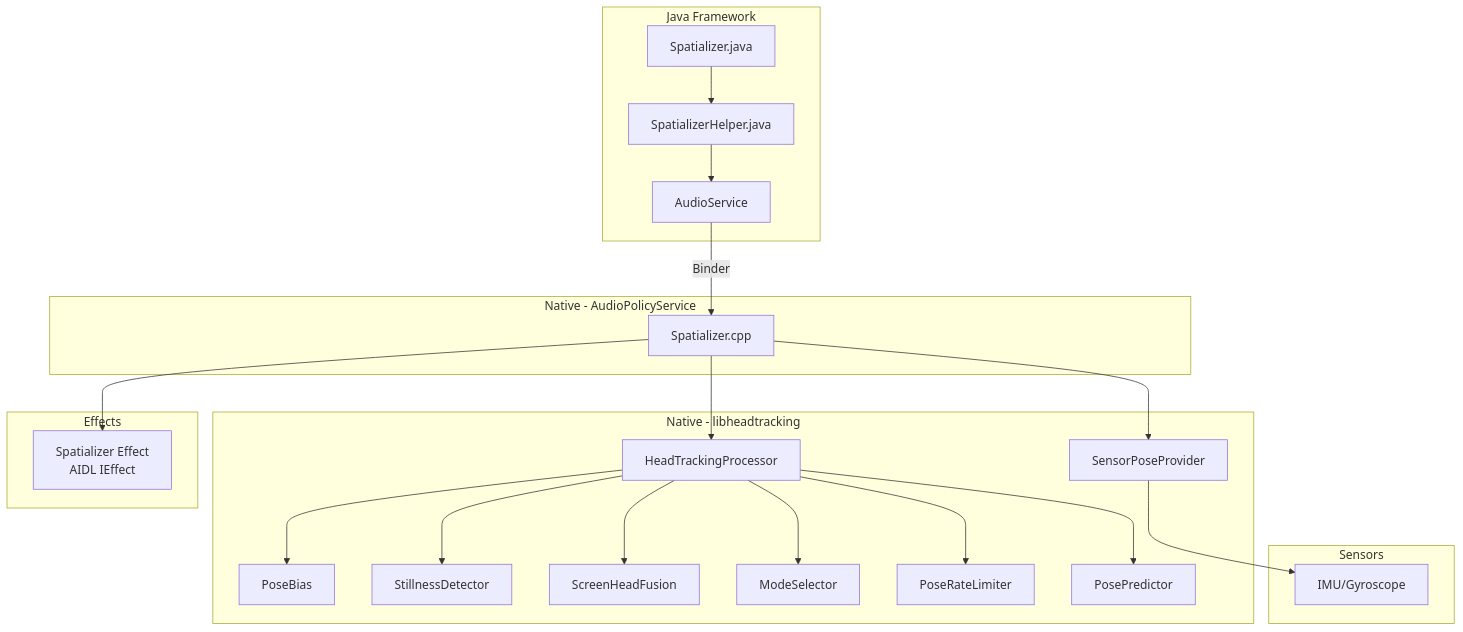
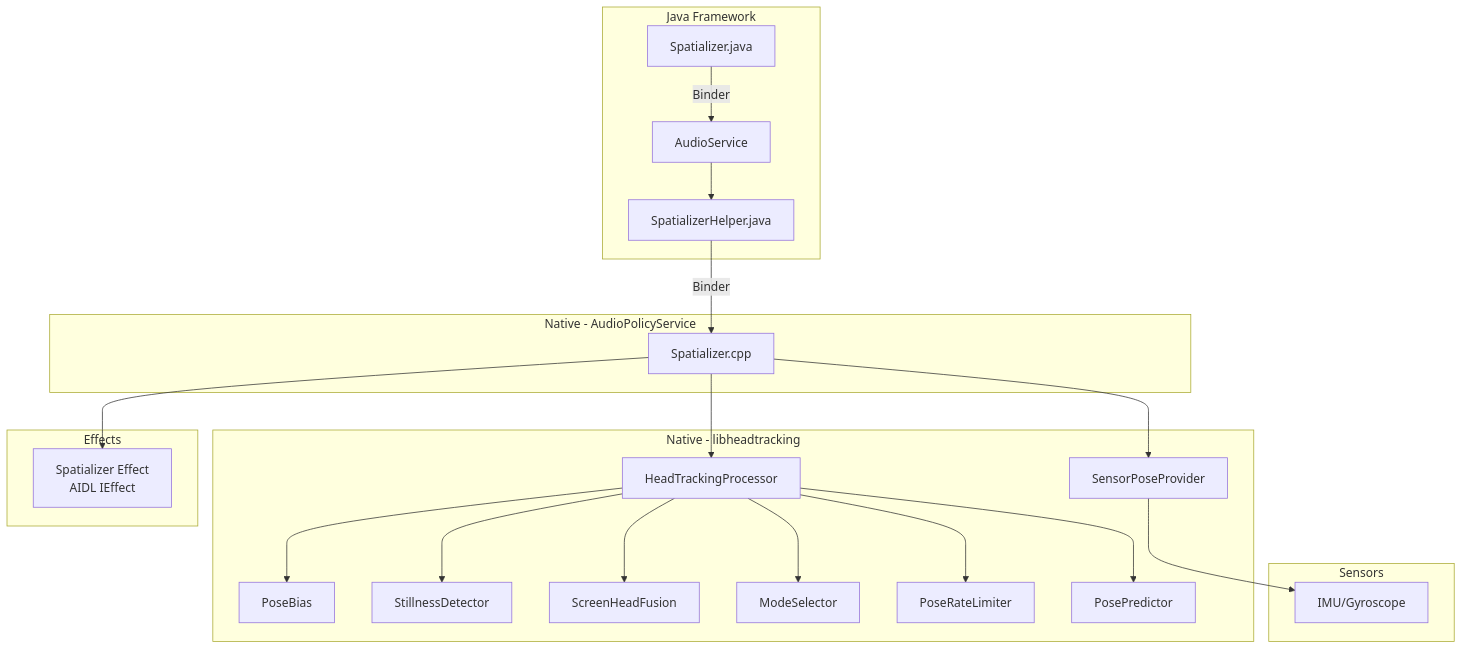
Diagram 15 of 26 in 15-audio-system.md (aospbooks/aosp-internal-book), drawn with Mermaid before and after one commit. The commit also changed other lines of this file and 218 other files, not shown here.

````diff
--- a/15-audio-system.md
+++ b/15-audio-system.md
@@ -3176,45 +3228,45 @@
 ```mermaid
 graph TB
     subgraph "Java Framework"
         SJ["Spatializer.java"]
         SH["SpatializerHelper.java"]
         AS[AudioService]
     end
 
     subgraph "Native - AudioPolicyService"
         SP["Spatializer.cpp"]
     end
 
     subgraph "Native - libheadtracking"
         HTP["HeadTrackingProcessor"]
         SPP["SensorPoseProvider"]
         PB[PoseBias]
         SD[StillnessDetector]
         SHF[ScreenHeadFusion]
         MS[ModeSelector]
         RL[PoseRateLimiter]
         PP[PosePredictor]
     end
 
     subgraph "Effects"
         SE["Spatializer Effect<br/>AIDL IEffect"]
     end
 
     subgraph "Sensors"
         IMU[IMU/Gyroscope]
     end
 
-    SJ --> SH
-    SH --> AS
-    AS -->|Binder| SP
+    SJ -->|Binder| AS
+    AS --> SH
+    SH -->|Binder| SP
     SP --> HTP
     SP --> SPP
     SPP --> IMU
     HTP --> PB
     HTP --> SD
     HTP --> SHF
     HTP --> MS
     HTP --> RL
     HTP --> PP
     SP --> SE
 ```
````
